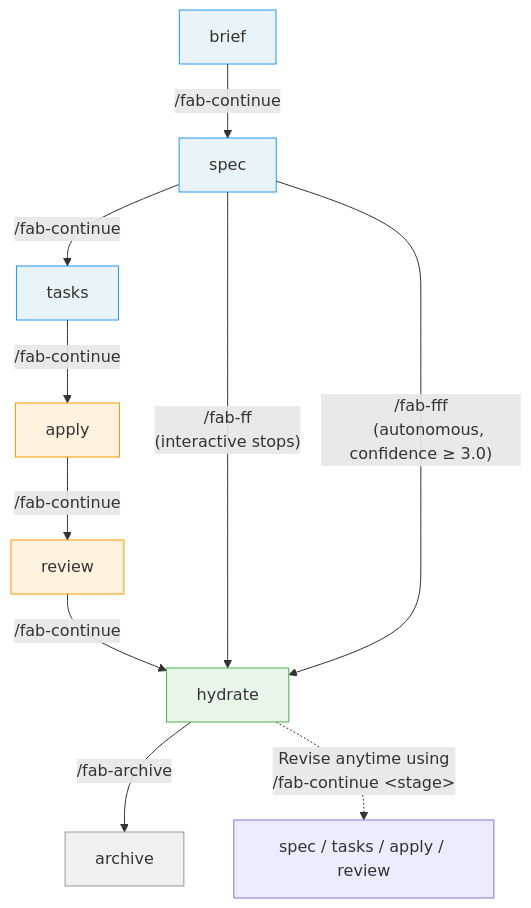
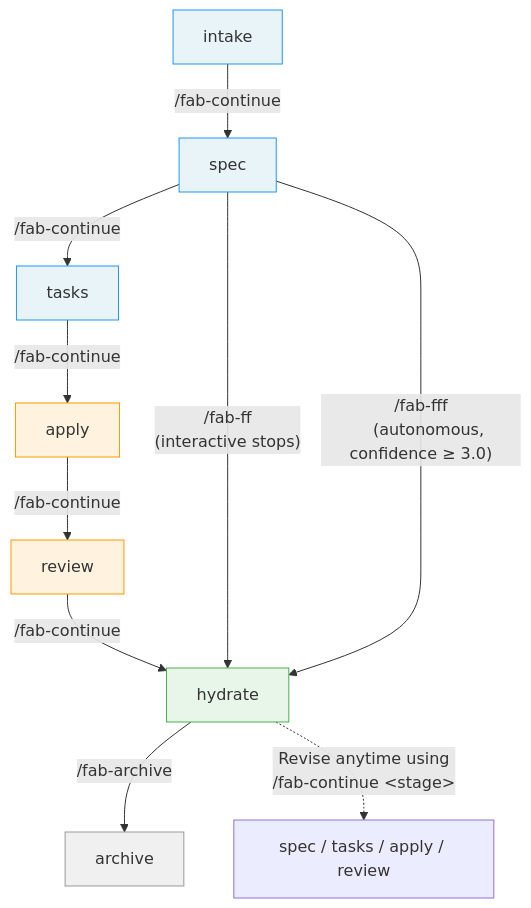
Before and after one commit to sahil87/fab-kit: the second of 4 diagrams in docs/specs/user-flow.md, drawn with Mermaid. The commit also changed other lines of this file and 38 other files, not shown here.

First line of the commit message:
Rename brief stage to intake across fab-kit pipeline (#96)

````diff
--- a/docs/specs/user-flow.md
+++ b/docs/specs/user-flow.md
@@ -38,30 +38,30 @@
 ```mermaid
 flowchart TD
-    B[brief] -->|"/fab-continue"| S[spec]
+    B[intake] -->|"/fab-continue"| S[spec]
     S -->|"/fab-continue"| T[tasks]
     T -->|"/fab-continue"| A[apply]
     A -->|"/fab-continue"| R[review]
     R -->|"/fab-continue"| H[hydrate]
 
     %% Post-pipeline housekeeping
     H -->|"/fab-archive"| AR[archive]
 
     %% Shortcuts (full pipeline, from spec onward)
     S -->|"/fab-ff
     (interactive stops)"| H
     S -->|"/fab-fff
     (autonomous, confidence ≥ 3.0)"| H
 
     %% Rework (reset to any earlier stage)
     H -.->|"Revise anytime using
     /fab-continue &lt;stage&gt;"| REWORK["spec / tasks / apply / review"]
 
     %% Styles
     style B fill:#e8f4f8,stroke:#2196F3
     style S fill:#e8f4f8,stroke:#2196F3
     style T fill:#e8f4f8,stroke:#2196F3
     style A fill:#fff3e0,stroke:#FF9800
     style R fill:#fff3e0,stroke:#FF9800
     style H fill:#e8f5e9,stroke:#4CAF50
     style AR fill:#f0f0f0,stroke:#999
 ```
````
